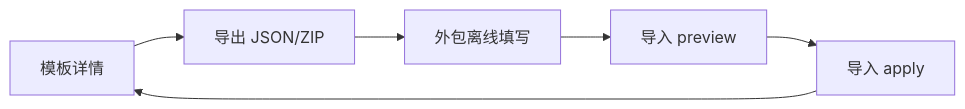
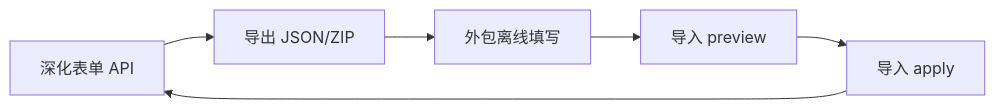
The seventh of 11 diagrams in docs/WORKFLOW.md (raintea223-art/Parti-MR2525), drawn with Mermaid before and after one commit. The commit also changed other lines of this file and 22 other files, not shown here.

````diff
--- a/docs/WORKFLOW.md
+++ b/docs/WORKFLOW.md
@@ -185,8 +191,8 @@
 ```mermaid
 flowchart LR
-  D[模板详情] --> E[导出 JSON/ZIP]
+  D[深化表单 API] --> E[导出 JSON/ZIP]
   E --> O[外包离线填写]
   O --> P[导入 preview]
   P --> A[导入 apply]
   A --> D
 ```
````
